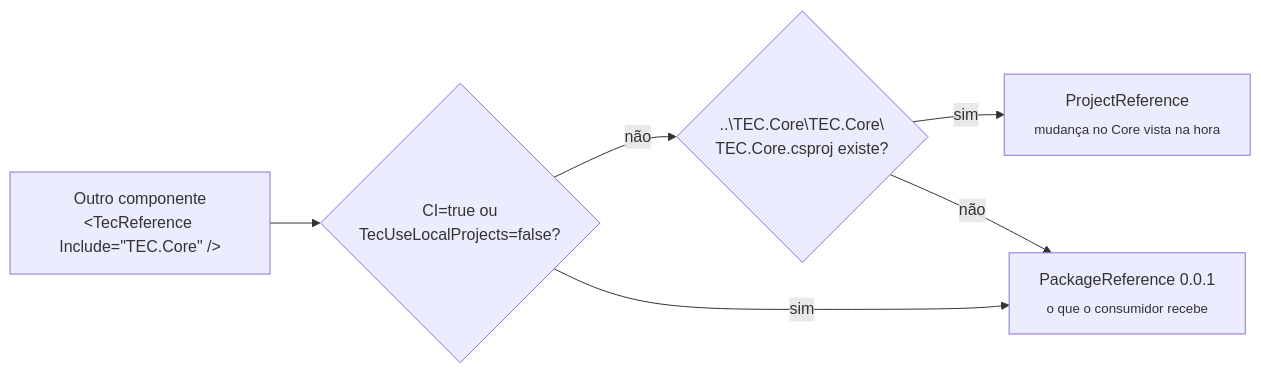
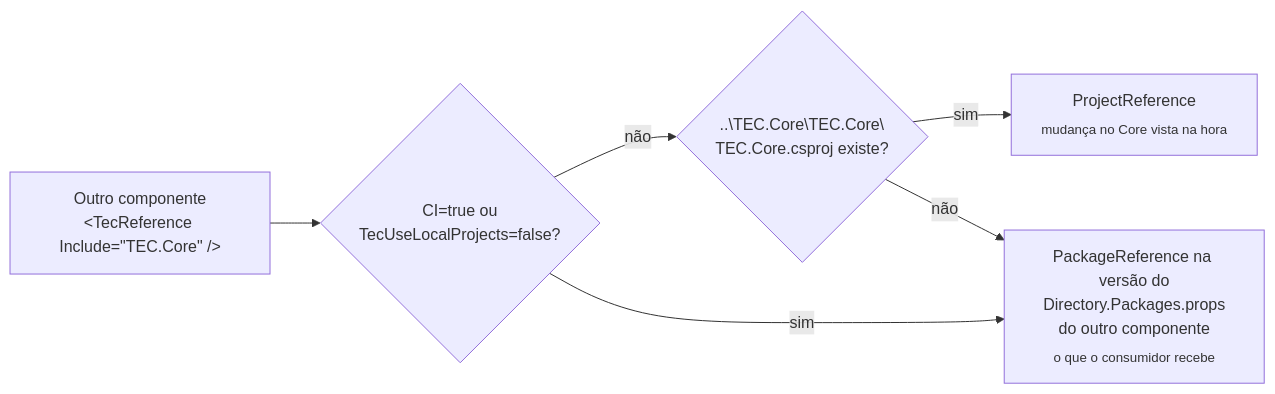
One commit to tudoemcodigo/lib-tec-core changed the first of 2 diagrams in docs/desenvolvimento.md. Above: the diagram before and after it, drawn with Mermaid. The commit also changed other lines of this file and 3 other files, not shown here.

````diff
--- a/docs/desenvolvimento.md
+++ b/docs/desenvolvimento.md
@@ -37,8 +37,8 @@
 ```mermaid
 flowchart LR
     CSPROJ["Outro componente<br/>&lt;TecReference Include=&quot;TEC.Core&quot; /&gt;"] --> Q{"CI=true ou<br/>TecUseLocalProjects=false?"}
     Q -- não --> E{"..\TEC.Core\TEC.Core\<br/>TEC.Core.csproj existe?"}
     E -- sim --> PR["ProjectReference<br/><sub>mudança no Core vista na hora</sub>"]
     E -- não --> PK
-    Q -- sim --> PK["PackageReference 0.0.1<br/><sub>o que o consumidor recebe</sub>"]
+    Q -- sim --> PK["PackageReference na versão do<br/>Directory.Packages.props<br/>do outro componente<br/><sub>o que o consumidor recebe</sub>"]
 ```
````
